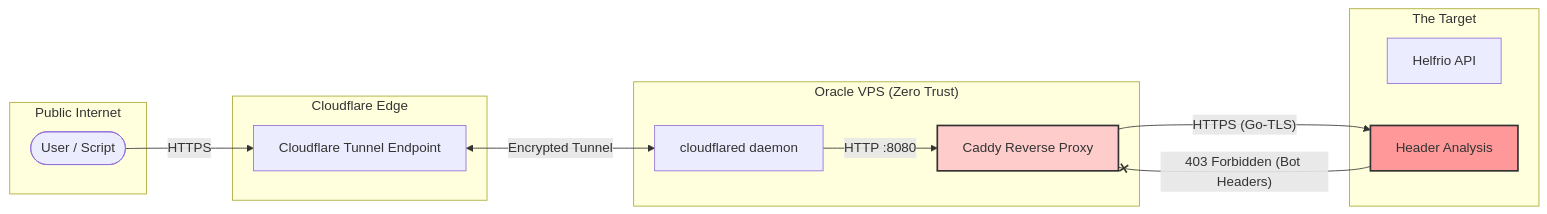
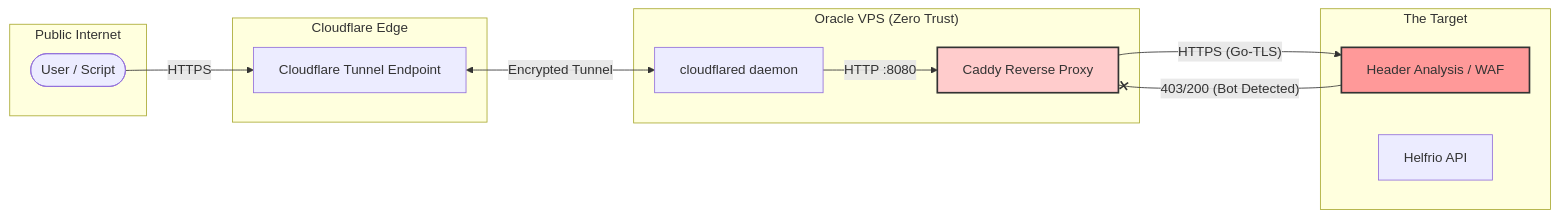
The third of 6 diagrams in README.md (Microck/ja3-bypass-gateway), drawn with Mermaid before and after one commit. The commit also changed other lines of this file, not shown here.

Commit message:
Fix formatting and improve diagram clarity in README

````diff
--- a/README.md
+++ b/README.md
@@ -105,29 +101,31 @@
 ```mermaid
 graph LR
     subgraph "Public Internet"
-        Client([User / Script])
+        Client(["User / Script"])
     end
 
     subgraph "Cloudflare Edge"
-        CF_Ingress[Cloudflare Tunnel Endpoint]
+        CF_Ingress["Cloudflare Tunnel Endpoint"]
     end
 
     subgraph "Oracle VPS (Zero Trust)"
-        Cloudflared[cloudflared daemon]
-        Caddy[Caddy Reverse Proxy]
+        Cloudflared["cloudflared daemon"]
+        Caddy["Caddy Reverse Proxy"]
     end
 
     subgraph "The Target"
-        Upstream[Helfrio API]
-        WAF[Header Analysis]
+        WAF["Header Analysis / WAF"]
+        Upstream["Helfrio API"]
     end
 
     Client -- "HTTPS" --> CF_Ingress
     CF_Ingress <-->|Encrypted Tunnel| Cloudflared
     Cloudflared -- "HTTP :8080" --> Caddy
+    
+    %% The Failure Flow
     Caddy -- "HTTPS (Go-TLS)" --> WAF
-    WAF -- "403 Forbidden (Bot Headers)" --x Caddy
+    WAF -- "403/200 (Bot Detected)" --x Caddy
     
     style WAF fill:#ff9999,stroke:#333,stroke-width:2px
     style Caddy fill:#ffcccc,stroke:#333,stroke-width:2px
 ```
````
